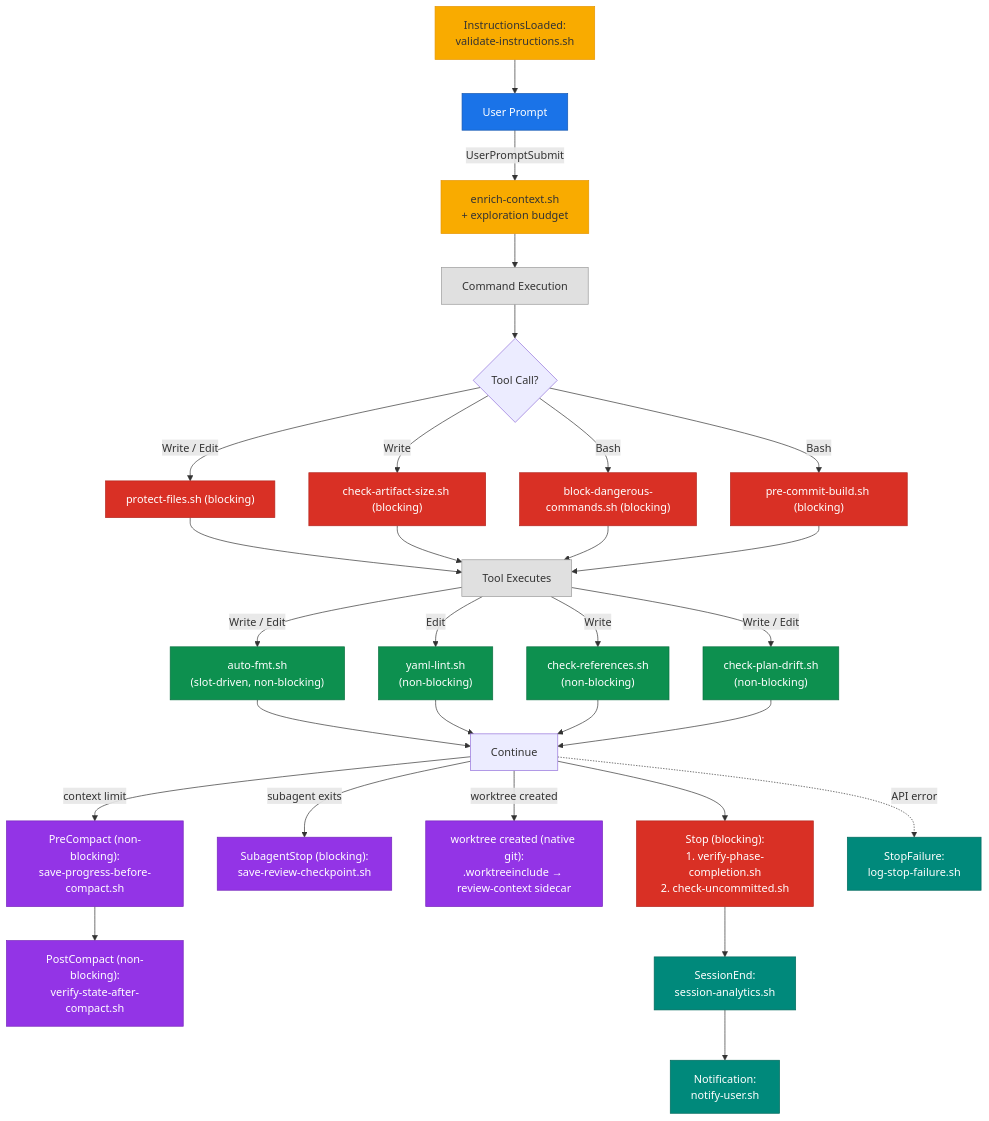
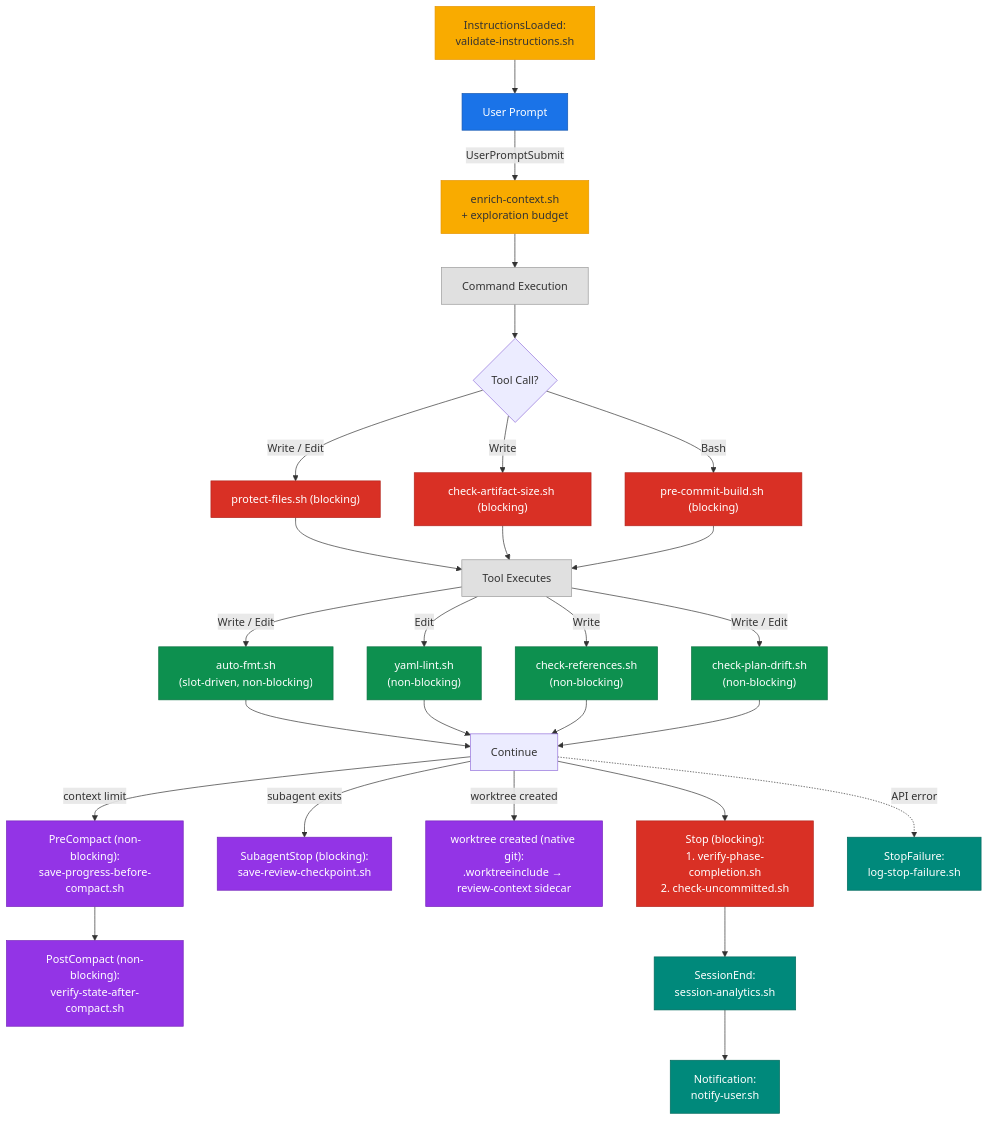
Before and after one commit to hex0xdeadbeef/claude-kit: the fourth of 4 diagrams in README.md, drawn with Mermaid. The commit also changed other lines of this file and 13 other files, not shown here.

````diff
--- a/README.md
+++ b/README.md
@@ -513,59 +513,56 @@
 ```mermaid
 flowchart TB
     IL["InstructionsLoaded:<br/>validate-instructions.sh"] --> UP["User Prompt"]
     UP -->|UserPromptSubmit| ENR["enrich-context.sh<br/>+ exploration budget"]
     ENR --> CMD["Command Execution"]
 
     CMD --> TOOL{"Tool Call?"}
     TOOL -->|"Write / Edit"| PRE1["protect-files.sh (blocking)"]
     TOOL -->|Write| PRE2["check-artifact-size.sh (blocking)"]
-    TOOL -->|Bash| PRE3["block-dangerous-commands.sh (blocking)"]
     TOOL -->|Bash| PRE4["pre-commit-build.sh (blocking)"]
 
     PRE1 --> EXEC["Tool Executes"]
     PRE2 --> EXEC
-    PRE3 --> EXEC
     PRE4 --> EXEC
 
     EXEC -->|"Write / Edit"| POST1["auto-fmt.sh<br/>(slot-driven, non-blocking)"]
     EXEC -->|Edit| POST2["yaml-lint.sh<br/>(non-blocking)"]
     EXEC -->|Write| POST3["check-references.sh<br/>(non-blocking)"]
     EXEC -->|"Write / Edit"| POST4["check-plan-drift.sh<br/>(non-blocking)"]
 
     POST1 --> CONT["Continue"]
     POST2 --> CONT
     POST3 --> CONT
     POST4 --> CONT
 
     CONT -->|"context limit"| COMPACT["PreCompact (non-blocking):<br/>save-progress-before-compact.sh"]
     COMPACT --> PCOMPACT["PostCompact (non-blocking):<br/>verify-state-after-compact.sh"]
     CONT -->|"subagent exits"| SUBSTOP["SubagentStop (blocking):<br/>save-review-checkpoint.sh"]
     CONT -->|"worktree created"| WT["worktree created (native git):<br/>.worktreeinclude → review-context sidecar"]
     CONT --> STOP["Stop (blocking):<br/>1. verify-phase-completion.sh<br/>2. check-uncommitted.sh"]
     CONT -.->|"API error"| SFAIL["StopFailure:<br/>log-stop-failure.sh"]
 
     STOP --> SESS["SessionEnd:<br/>session-analytics.sh"]
     SESS --> NOTIFY["Notification:<br/>notify-user.sh"]
 
     style IL fill:#f9ab00,color:#333,stroke:#e69500
     style UP fill:#1a73e8,color:#fff,stroke:#1557b0
     style ENR fill:#f9ab00,color:#333,stroke:#e69500
     style CMD fill:#e0e0e0,color:#333,stroke:#999
     style PRE1 fill:#d93025,color:#fff,stroke:#b3261e
     style PRE2 fill:#d93025,color:#fff,stroke:#b3261e
-    style PRE3 fill:#d93025,color:#fff,stroke:#b3261e
     style PRE4 fill:#d93025,color:#fff,stroke:#b3261e
     style EXEC fill:#e0e0e0,color:#333,stroke:#999
     style POST1 fill:#0d904f,color:#fff,stroke:#0a7040
     style POST2 fill:#0d904f,color:#fff,stroke:#0a7040
     style POST3 fill:#0d904f,color:#fff,stroke:#0a7040
     style POST4 fill:#0d904f,color:#fff,stroke:#0a7040
     style COMPACT fill:#9334e6,color:#fff,stroke:#7627bb
     style PCOMPACT fill:#9334e6,color:#fff,stroke:#7627bb
     style SUBSTOP fill:#9334e6,color:#fff,stroke:#7627bb
     style WT fill:#9334e6,color:#fff,stroke:#7627bb
     style STOP fill:#d93025,color:#fff,stroke:#b3261e
     style SFAIL fill:#00897b,color:#fff,stroke:#00695c
     style SESS fill:#00897b,color:#fff,stroke:#00695c
     style NOTIFY fill:#00897b,color:#fff,stroke:#00695c
 ```
````
